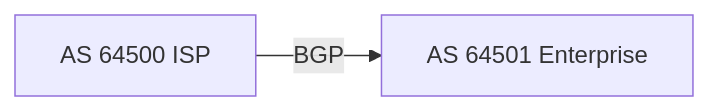
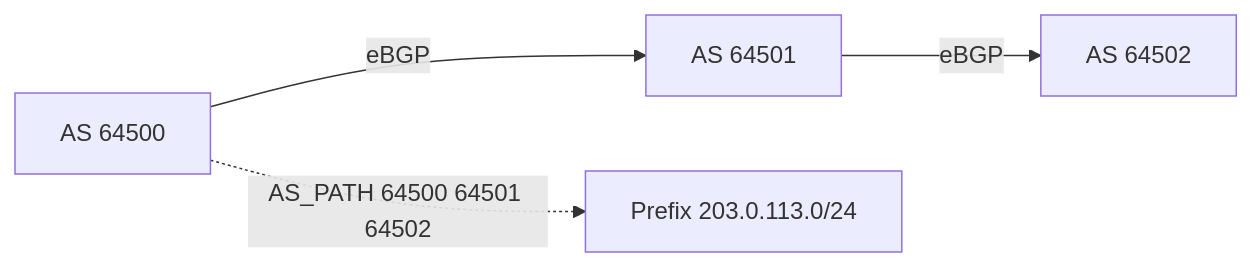
Before and after one commit to omnayak27199/pktana: diagram 14 of 36 in learning/11-protocols-reference.md, drawn with Mermaid. The commit also changed other lines of this file and 14 other files, not shown here.

````diff
--- a/learning/11-protocols-reference.md
+++ b/learning/11-protocols-reference.md
@@ -167,4 +882,6 @@
 ```mermaid
 flowchart LR
-  AS1[AS 64500 ISP] -- BGP --> AS2[AS 64501 Enterprise]
+  AS1[AS 64500] -- eBGP --> AS2[AS 64501]
+  AS2 -- eBGP --> AS3[AS 64502]
+  AS1 -.->|AS_PATH 64500 64501 64502| Pfx[Prefix 203.0.113.0/24]
 ```
````
